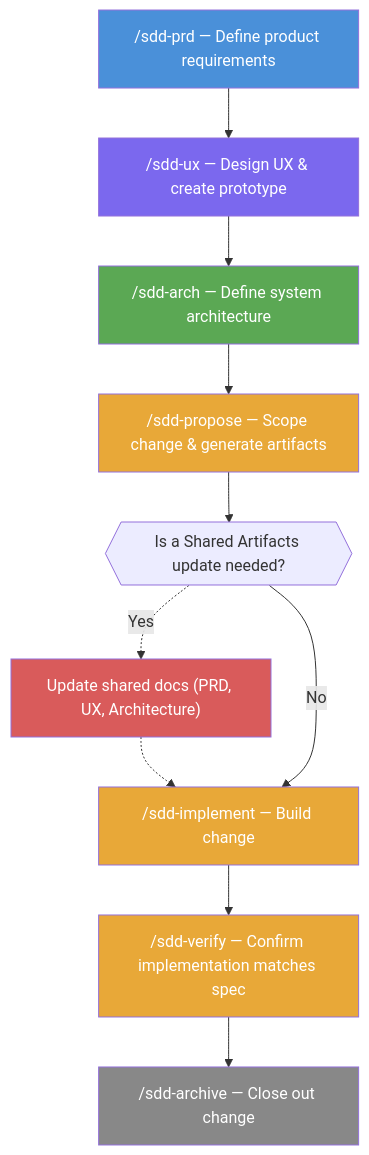
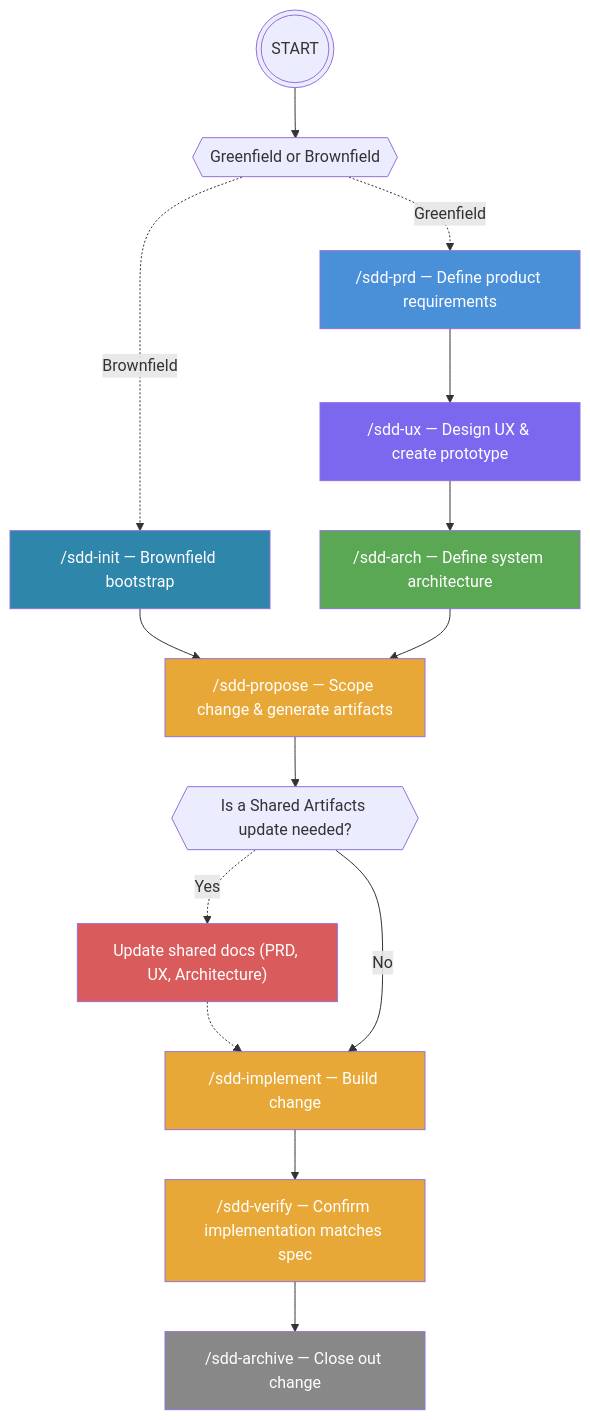
One commit to AlessioScarfone/aine-copilot-plugins changed the diagram in src/sdd-team/README.md. Above: the diagram before and after it, drawn with Mermaid. The commit also changed other lines of this file and 2 other files, not shown here.

Commit message:
feat: add `/sdd-init` command for brownfield projects to bootstrap shared documents

````diff
--- a/src/sdd-team/README.md
+++ b/src/sdd-team/README.md
@@ -64,25 +65,30 @@
 ```mermaid
 flowchart TD
+    START(((START))) --> PROJECT_TYPE{{Greenfield or Brownfield}} -. Greenfield .-> PRD
+    PROJECT_TYPE   -. Brownfield .-> INIT
+    INIT["/sdd-init — Brownfield bootstrap"] --> PROPOSE
+
     PRD["/sdd-prd — Define product requirements"] --> UX
     UX["/sdd-ux — Design UX & create prototype"] --> ARCH
     ARCH["/sdd-arch — Define system architecture"] --> PROPOSE
 
     PROPOSE["/sdd-propose — Scope change & generate artifacts"] --> UPDATE
 
     UPDATE{{"Is a Shared Artifacts update needed?"}}
     UPDATE -. Yes .-> UDPATE_SHARED["Update shared docs (PRD, UX, Architecture)"] .-> IMPLEMENT 
     UPDATE -- No --> IMPLEMENT
 
     IMPLEMENT["/sdd-implement — Build change"] --> VERIFY
     VERIFY["/sdd-verify — Confirm implementation matches spec"] --> ARCHIVE
     ARCHIVE["/sdd-archive — Close out change"]
 
+    style INIT fill:#2E86AB,color:#fff
     style PRD fill:#4A90D9,color:#fff
     style UX fill:#7B68EE,color:#fff
     style ARCH fill:#5BA854,color:#fff
     style PROPOSE fill:#E8A838,color:#fff
     style IMPLEMENT fill:#E8A838,color:#fff
     style VERIFY fill:#E8A838,color:#fff
     style ARCHIVE fill:#888,color:#fff
     style UDPATE_SHARED fill:#D95B5B,color:#fff
 ```
````
